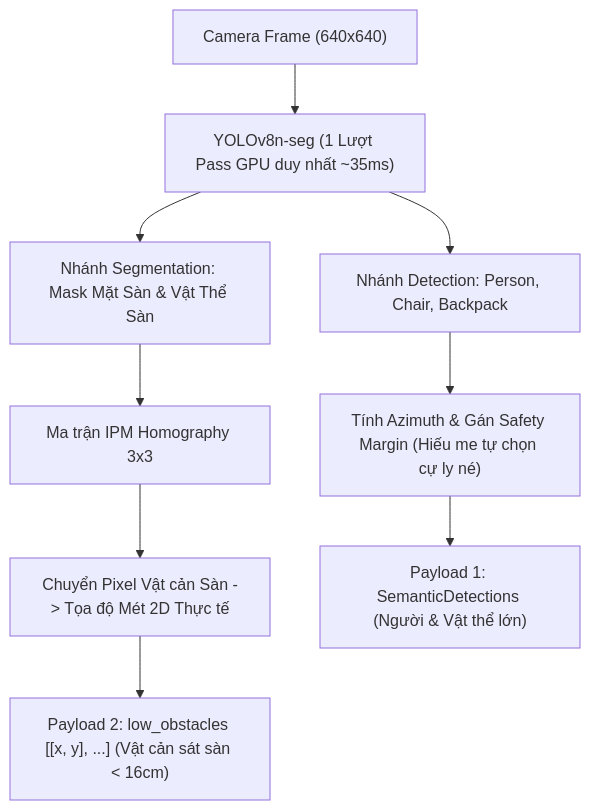
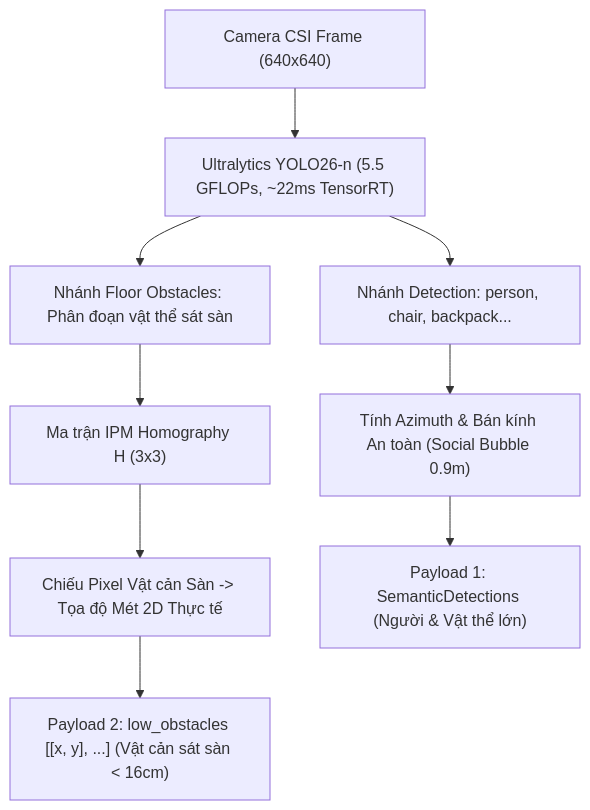
One commit to zxcvmh/CS532 changed the second of 2 diagrams in task-team/plan_computer_vision_hieume.md. Above: the diagram before and after it, drawn with Mermaid. The commit also changed other lines of this file and 13 other files, not shown here.

First line of the commit message:
feat(cv): upgrade yolo26n, floor ipm division protection, ccw azimuth and proxemics review

````diff
--- a/task-team/plan_computer_vision_hieume.md
+++ b/task-team/plan_computer_vision_hieume.md
@@ -61,11 +73,11 @@
 ```mermaid
 flowchart TD
-    A["Camera Frame (640x640)"] --> B["YOLOv8n-seg (1 Lượt Pass GPU duy nhất ~35ms)"]
-    B --> C["Nhánh Detection: Person, Chair, Backpack"]
-    B --> D["Nhánh Segmentation: Mask Mặt Sàn & Vật Thể Sàn"]
-    C --> E["Tính Azimuth & Gán Safety Margin (Hiếu me tự chọn cự ly né)"]
-    D --> F["Ma trận IPM Homography 3x3"]
-    F --> G["Chuyển Pixel Vật cản Sàn -> Tọa độ Mét 2D Thực tế"]
+    A["Camera CSI Frame (640x640)"] --> B["Ultralytics YOLO26-n (5.5 GFLOPs, ~22ms TensorRT)"]
+    B --> C["Nhánh Detection: person, chair, backpack..."]
+    B --> D["Nhánh Floor Obstacles: Phân đoạn vật thể sát sàn"]
+    C --> E["Tính Azimuth & Bán kính An toàn (Social Bubble 0.9m)"]
+    D --> F["Ma trận IPM Homography H (3x3)"]
+    F --> G["Chiếu Pixel Vật cản Sàn -> Tọa độ Mét 2D Thực tế"]
     E --> H["Payload 1: SemanticDetections (Người & Vật thể lớn)"]
     G --> I["Payload 2: low_obstacles [[x, y], ...] (Vật cản sát sàn < 16cm)"]
 ```
````
